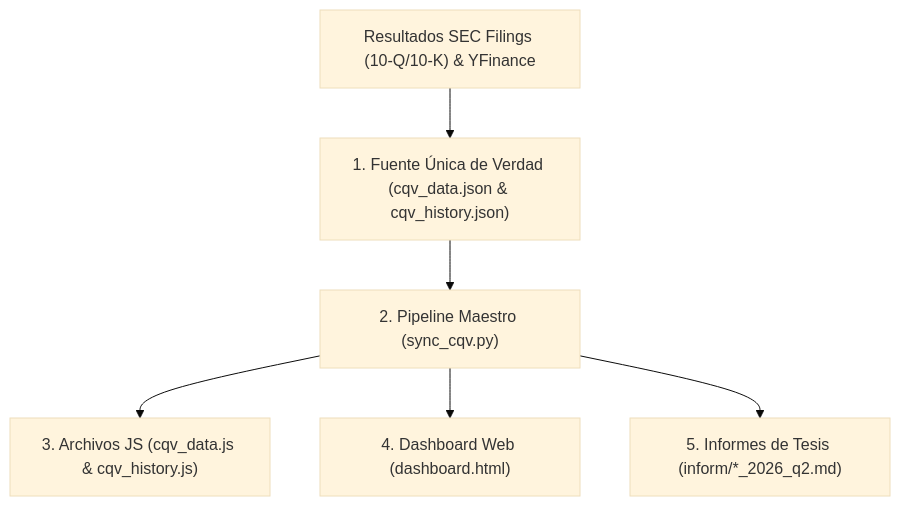
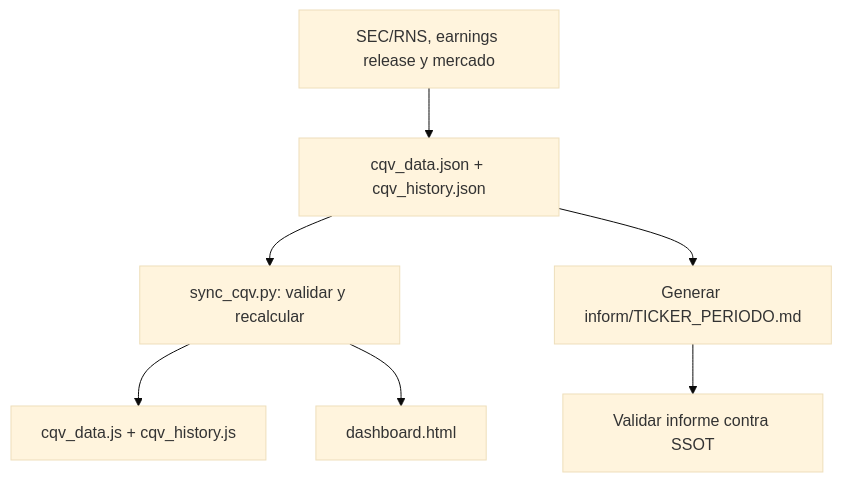
Before and after one commit to poolvc-dev/finance-cqv-find: the diagram in flujo_actualizacion_datos.md, drawn with Mermaid (base theme). The commit also changed other lines of this file and 2 other files, not shown here.

````diff
--- a/flujo_actualizacion_datos.md
+++ b/flujo_actualizacion_datos.md
@@ -13,8 +18,9 @@
 ```mermaid
 flowchart TD
-    A["Resultados SEC Filings (10-Q/10-K) & YFinance"] --> B["1. Fuente Única de Verdad (cqv_data.json & cqv_history.json)"]
-    B --> C["2. Pipeline Maestro (sync_cqv.py)"]
-    C --> D["3. Archivos JS (cqv_data.js & cqv_history.js)"]
-    C --> E["4. Dashboard Web (dashboard.html)"]
-    C --> F["5. Informes de Tesis (inform/*_2026_q2.md)"]
+ A["SEC/RNS, earnings release y mercado"] --> B["cqv_data.json + cqv_history.json"]
+ B --> C["sync_cqv.py: validar y recalcular"]
+ C --> D["cqv_data.js + cqv_history.js"]
+ C --> E["dashboard.html"]
+ B --> F["Generar inform/TICKER_PERIODO.md"]
+ F --> G["Validar informe contra SSOT"]
 ```
````
